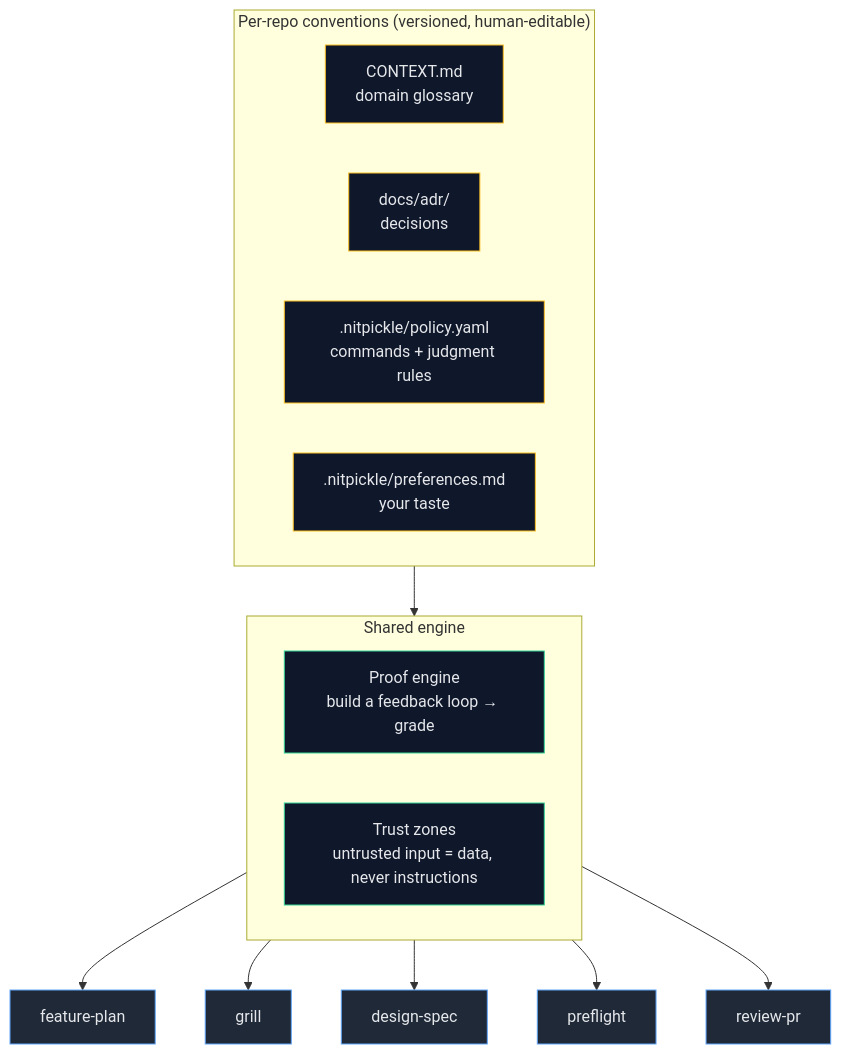
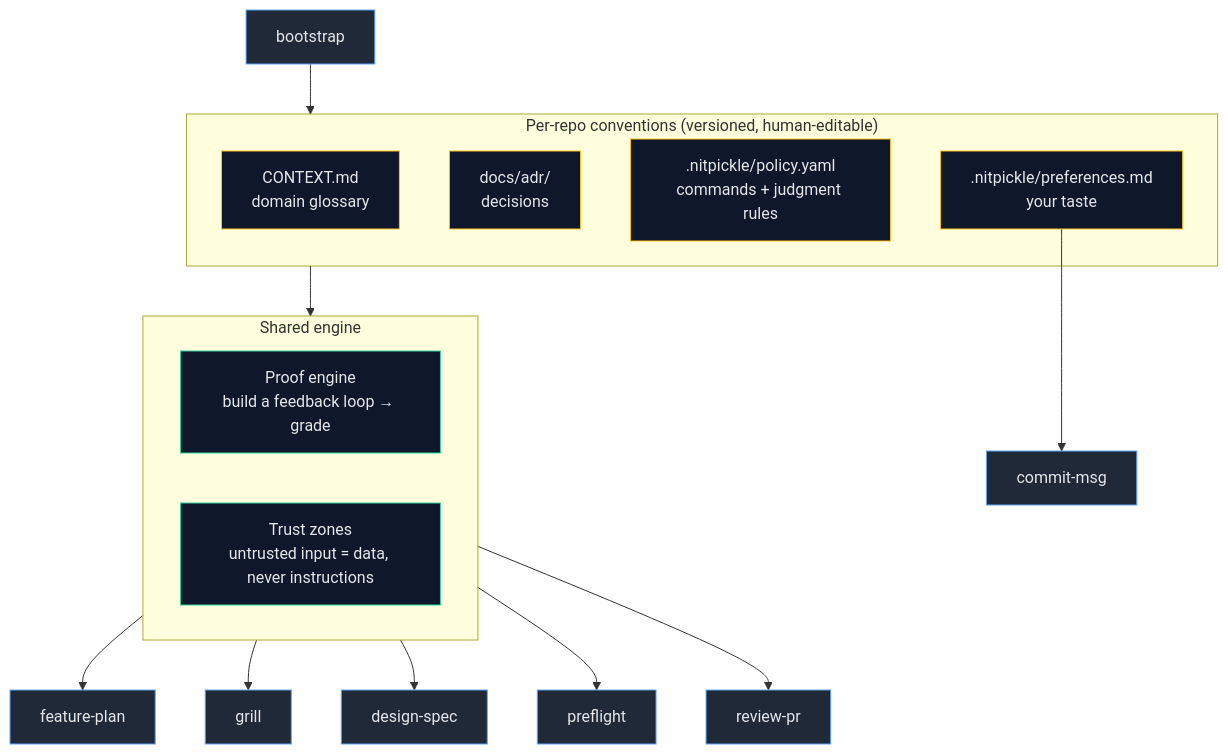
One commit to powerslider/nitpickle changed the fourth of 5 diagrams in README.md. Above: the diagram before and after it, drawn with Mermaid. The commit also changed other lines of this file and 9 other files, not shown here.

````diff
--- a/README.md
+++ b/README.md
@@ -281,28 +298,30 @@
 ```mermaid
 flowchart TB
     subgraph Inputs["Per-repo conventions (versioned, human-editable)"]
         CTX[CONTEXT.md<br/>domain glossary]
         ADR[docs/adr/<br/>decisions]
         POL[.nitpickle/policy.yaml<br/>commands + judgment rules]
         PRF[.nitpickle/preferences.md<br/>your taste]
     end
 
     subgraph Engine["Shared engine"]
         PROOF[Proof engine<br/>build a feedback loop → grade]
         TRUST[Trust zones<br/>untrusted input = data, never instructions]
     end
 
     Inputs --> Engine
     Engine --> S1[feature-plan]
     Engine --> S2[grill]
     Engine --> S3[design-spec]
     Engine --> S4[preflight]
     Engine --> S5[review-pr]
+    PRF --> S6[commit-msg]
+    BST[bootstrap] --> Inputs
 
     classDef in fill:#0f172a,stroke:#fbbf24,color:#e5e7eb
     classDef eng fill:#0f172a,stroke:#34d399,color:#e5e7eb
     classDef s fill:#1f2937,stroke:#60a5fa,color:#e5e7eb
     class CTX,ADR,POL,PRF in
     class PROOF,TRUST eng
-    class S1,S2,S3,S4,S5 s
+    class S1,S2,S3,S4,S5,S6,BST s
 ```
````
